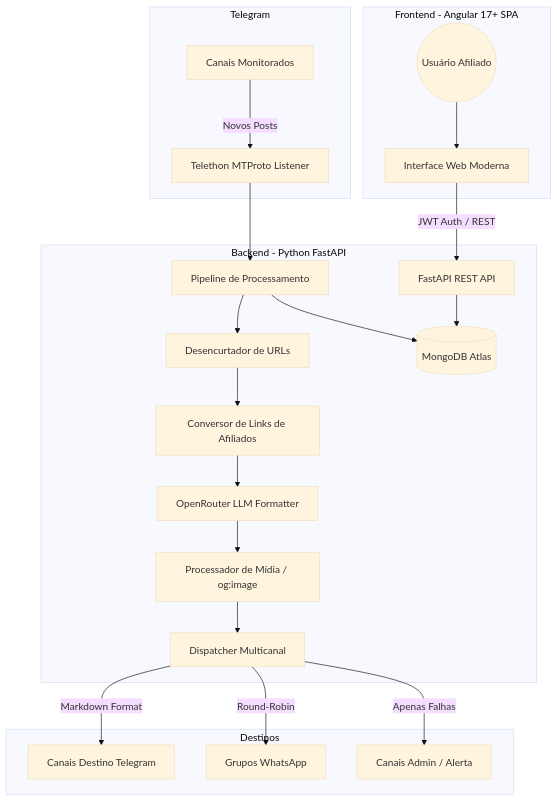
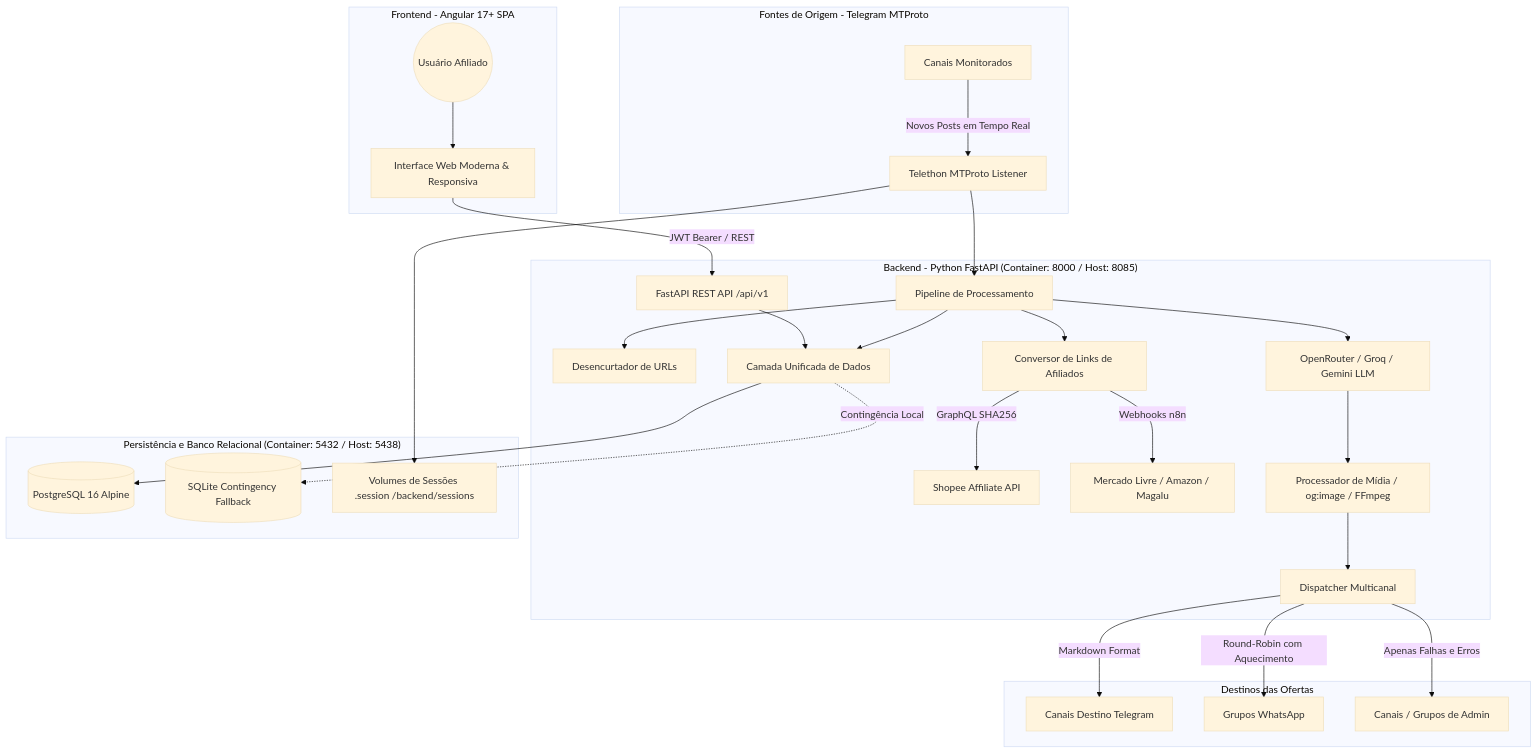
The diagram in docs/ARCHITECTURE.md (arthurwallace/pardalFlow), drawn with Mermaid (base theme) before and after one commit. The commit also changed other lines of this file and 5 other files, not shown here.

Commit message:
docs: update system documentation to reflect PostgreSQL architecture, port mappings (8085/5438), multi-tenancy isolation and new API endpoints

````diff
--- a/docs/ARCHITECTURE.md
+++ b/docs/ARCHITECTURE.md
@@ -9,29 +9,37 @@
 ```mermaid
 graph TD
-    subgraph "Telegram"
-        TC[Canais Monitorados] -->|Novos Posts| BOT[Telethon MTProto Listener]
+    subgraph "Fontes de Origem - Telegram MTProto"
+        TC[Canais Monitorados] -->|Novos Posts em Tempo Real| BOT[Telethon MTProto Listener]
     end
 
-    subgraph "Backend - Python FastAPI"
+    subgraph "Backend - Python FastAPI (Container: 8000 / Host: 8085)"
         BOT --> PIPELINE[Pipeline de Processamento]
         PIPELINE --> SHORT[Desencurtador de URLs]
-        SHORT --> CONV[Conversor de Links de Afiliados]
-        CONV --> AI[OpenRouter LLM Formatter]
-        AI --> MEDIA[Processador de Mídia / og:image]
+        PIPELINE --> CONV[Conversor de Links de Afiliados]
+        CONV -->|GraphQL SHA256| SHOPEE[Shopee Affiliate API]
+        CONV -->|Webhooks n8n| ML[Mercado Livre / Amazon / Magalu]
+        PIPELINE --> AI[OpenRouter / Groq / Gemini LLM]
+        AI --> MEDIA[Processador de Mídia / og:image / FFmpeg]
         MEDIA --> DISP[Dispatcher Multicanal]
 
-        API[FastAPI REST API] --> DB[(MongoDB Atlas)]
-        PIPELINE --> DB
+        API[FastAPI REST API /api/v1] --> DB_LAYER[Camada Unificada de Dados]
+        PIPELINE --> DB_LAYER
     end
 
-    subgraph "Destinos"
+    subgraph "Persistência e Banco Relacional (Container: 5432 / Host: 5438)"
+        DB_LAYER --> PG[(PostgreSQL 16 Alpine)]
+        DB_LAYER -.->|Contingência Local| SQLITE[(SQLite Contingency Fallback)]
+        BOT --> SESSIONS[Volumes de Sessões .session /backend/sessions]
+    end
+
+    subgraph "Destinos das Ofertas"
         DISP -->|Markdown Format| TGD[Canais Destino Telegram]
-        DISP -->|Round-Robin| WPD[Grupos WhatsApp]
-        DISP -->|Apenas Falhas| ADMIN[Canais Admin / Alerta]
+        DISP -->|Round-Robin com Aquecimento| WPD[Grupos WhatsApp]
+        DISP -->|Apenas Falhas e Erros| ADMIN[Canais / Grupos de Admin]
     end
 
     subgraph "Frontend - Angular 17+ SPA"
-        USER((Usuário Afiliado)) --> UI[Interface Web Moderna]
-        UI -->|JWT Auth / REST| API
+        USER((Usuário Afiliado)) --> UI[Interface Web Moderna & Responsiva]
+        UI -->|JWT Bearer / REST| API
     end
 ```
````
